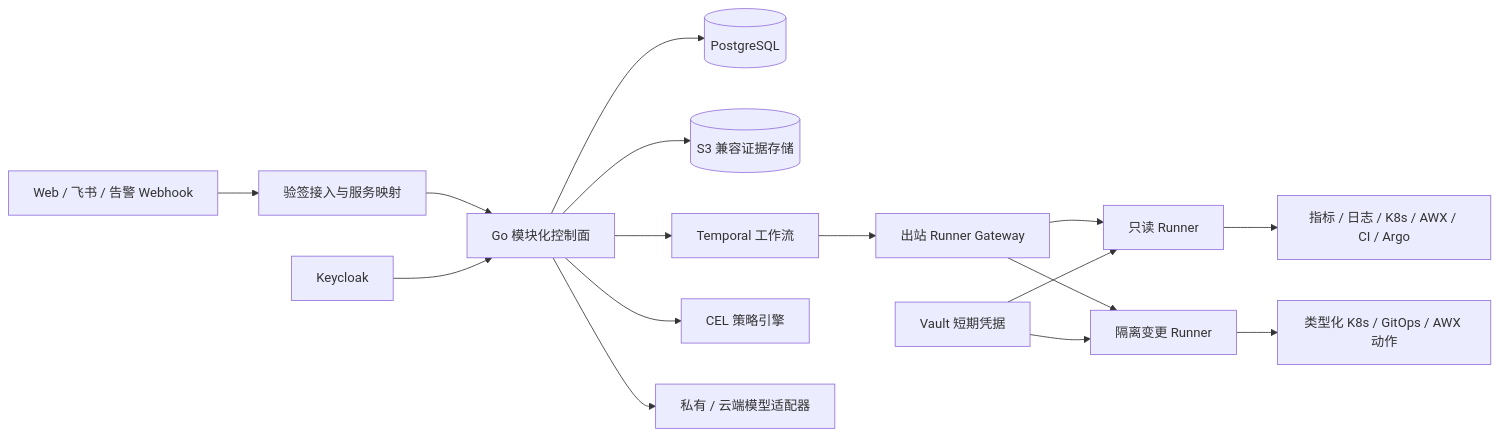
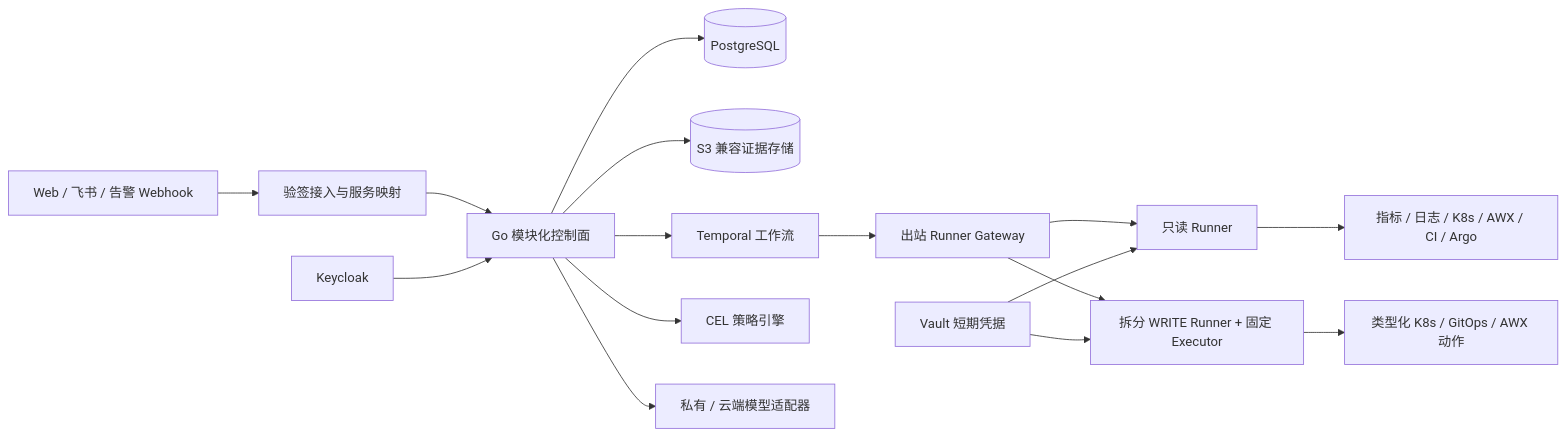
One commit to seaworld008/aiops-system changed the diagram in README.zh-CN.md. Above: the diagram before and after it, drawn with Mermaid. The commit also changed other lines of this file and 64 other files, not shown here.

````diff
--- a/README.zh-CN.md
+++ b/README.zh-CN.md
@@ -41,20 +41,20 @@
 ```mermaid
 flowchart LR
     UI["Web / 飞书 / 告警 Webhook"] --> IN["验签接入与服务映射"]
     IN --> CP["Go 模块化控制面"]
     CP --> PG[(PostgreSQL)]
     CP --> OBJ[(S3 兼容证据存储)]
     CP --> TW["Temporal 工作流"]
     CP --> CEL["CEL 策略引擎"]
     CP --> AI["私有 / 云端模型适配器"]
 
     TW --> GW["出站 Runner Gateway"]
     GW --> RR["只读 Runner"]
-    GW --> WR["隔离变更 Runner"]
+    GW --> WR["拆分 WRITE Runner + 固定 Executor"]
     RR --> OBS["指标 / 日志 / K8s / AWX / CI / Argo"]
     WR --> MUT["类型化 K8s / GitOps / AWX 动作"]
 
     KC["Keycloak"] --> CP
     VAULT["Vault 短期凭据"] --> RR
     VAULT --> WR
 ```
````
